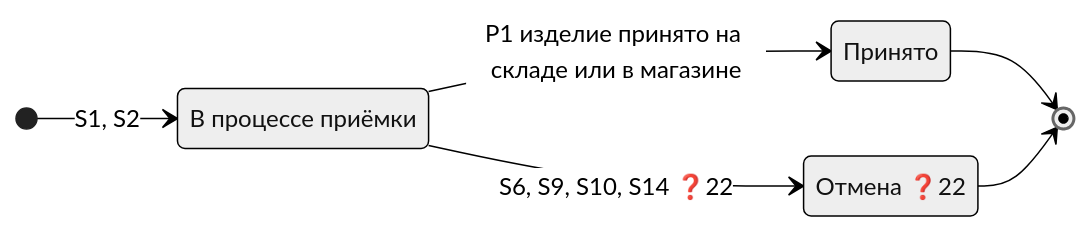
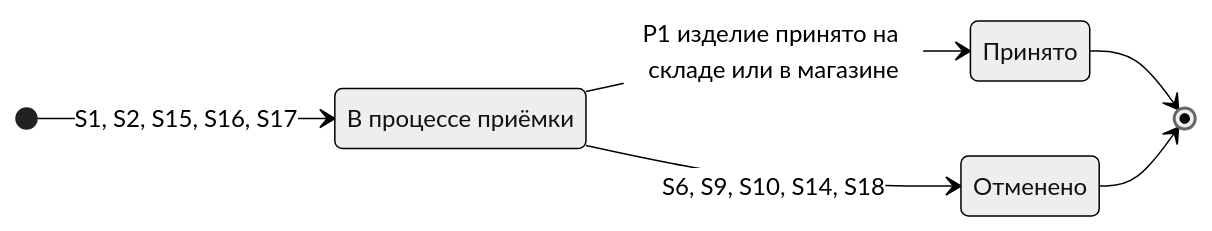
Before and after one commit to Terinss155/opencode-agents-analysis: the second of 3 diagrams in projects/returns-2.0/requirements/diagrams/state/return-status_state.md, drawn with Mermaid (neutral theme). The commit also changed other lines of this file and 28 other files, not shown here.

````diff
--- a/projects/returns-2.0/requirements/diagrams/state/return-status_state.md
+++ b/projects/returns-2.0/requirements/diagrams/state/return-status_state.md
@@ -113,14 +134,14 @@
 ```mermaid
 stateDiagram-v2
     direction LR
 
     state "В процессе приёмки" as InAcceptance
     state "Принято" as AcceptedWh
-    state "Отмена ❓22" as PosCancelled
+    state "Отменено" as PosCancelled
 
-    [*] --> InAcceptance : S1, S2
+    [*] --> InAcceptance : S1, S2, S15, S16, S17
     InAcceptance --> AcceptedWh : P1 изделие принято на складе или в магазине
-    InAcceptance --> PosCancelled : S6, S9, S10, S14 ❓22
+    InAcceptance --> PosCancelled : S6, S9, S10, S14, S18
     AcceptedWh --> [*]
     PosCancelled --> [*]
 ```
````
